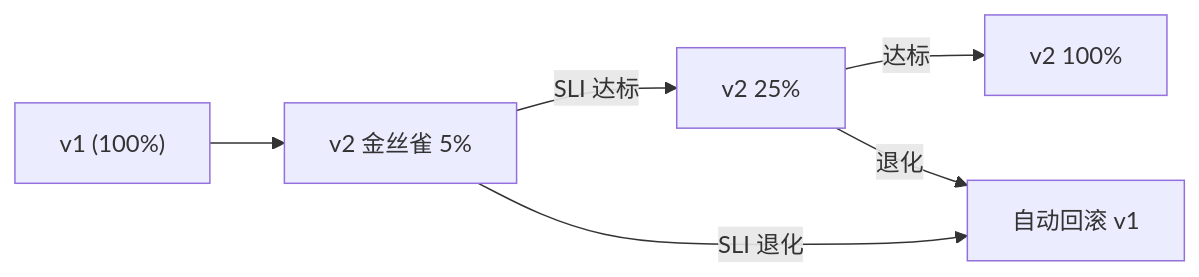
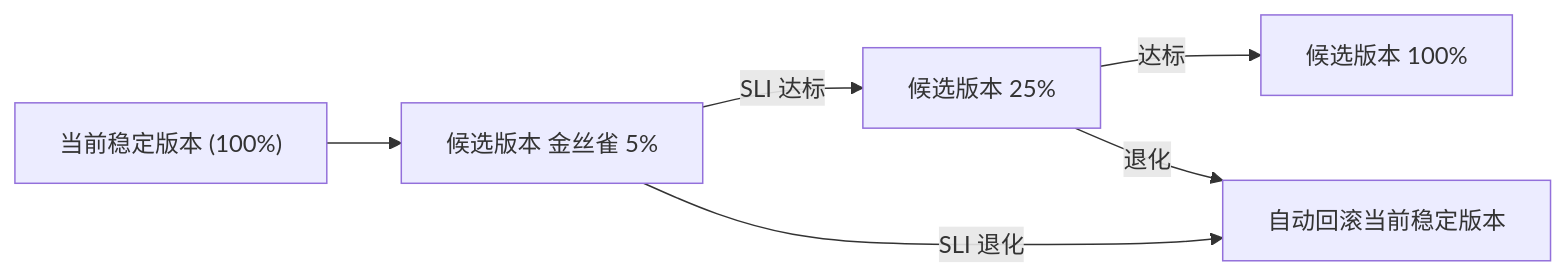
The seventh of 7 diagrams in 改造计划/15-部署运维与可观测性.md (edward-ng-duke/LobsterAI), drawn with Mermaid before and after one commit. The commit also changed other lines of this file and 22 other files, not shown here.

````diff
--- a/改造计划/15-部署运维与可观测性.md
+++ b/改造计划/15-部署运维与可观测性.md
@@ -559,7 +684,7 @@
 ```mermaid
 flowchart LR
-  V1["v1 (100%)"] --> C5["v2 金丝雀 5%"]
-  C5 -->|SLI 达标| C25["v2 25%"] -->|达标| C100["v2 100%"]
-  C5 -->|SLI 退化| RB["自动回滚 v1"]
+  V1["当前稳定版本 (100%)"] --> C5["候选版本 金丝雀 5%"]
+  C5 -->|SLI 达标| C25["候选版本 25%"] -->|达标| C100["候选版本 100%"]
+  C5 -->|SLI 退化| RB["自动回滚当前稳定版本"]
   C25 -->|退化| RB
 ```
````
